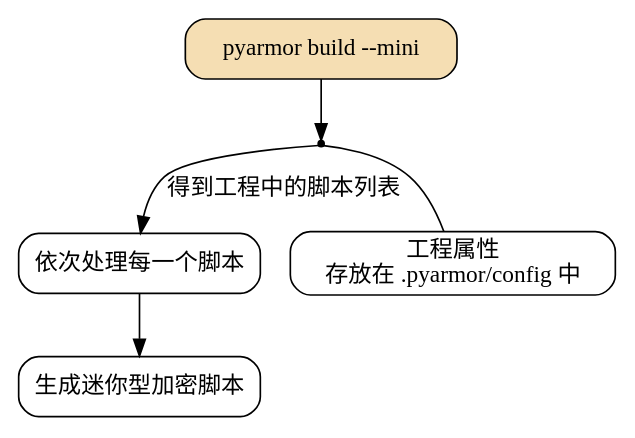
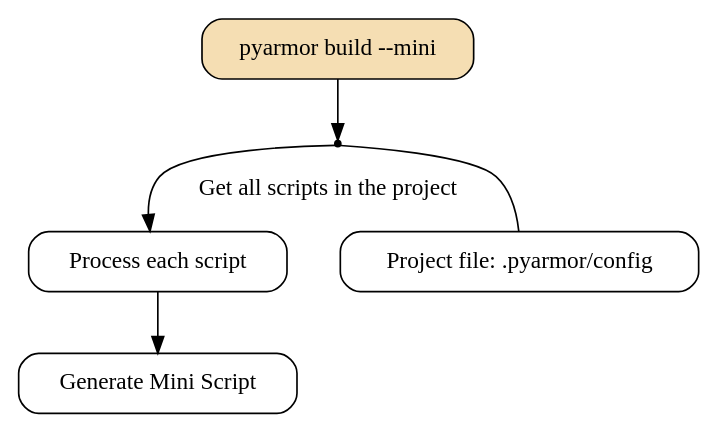
One commit to dashingsoft/dashingsoft.github.io changed the tenth of 10 diagrams in pyarmor/learn/en/commands.rst. Above: the diagram before and after it, drawn with Graphviz. The commit also changed other lines of this file and 3 other files, not shown here.

```diff
--- a/pyarmor/learn/en/commands.rst
+++ b/pyarmor/learn/en/commands.rst
@@ -364,22 +359,22 @@
 .. graphviz::
-   :caption: 生成迷你型脚本
+   :caption: Build Mini Script
    :align: center
    :name: g-project-build-mini
 
    digraph G {
       node [shape=box, style=rounded, target="_top"]
 
       build [label="pyarmor build --mini"
              style="filled,rounded"
              fillcolor="wheat"]
       join1 [shape=point]
 
-      items [label="依次处理每一个脚本"]
-      conf [label="工程属性\n存放在 .pyarmor/config 中"]
-      mini [label="生成迷你型加密脚本"]
+      items [label="Process each script"]
+      conf [label="Project file: .pyarmor/config"]
+      mini [label="Generate Mini Script"]
 
       build -> join1
       join1 -> conf [dir=none]
-      join1 -> items [label="得到工程中的脚本列表"]
+      join1 -> items [label="Get all scripts in the project"]
       items -> mini
    }
```
